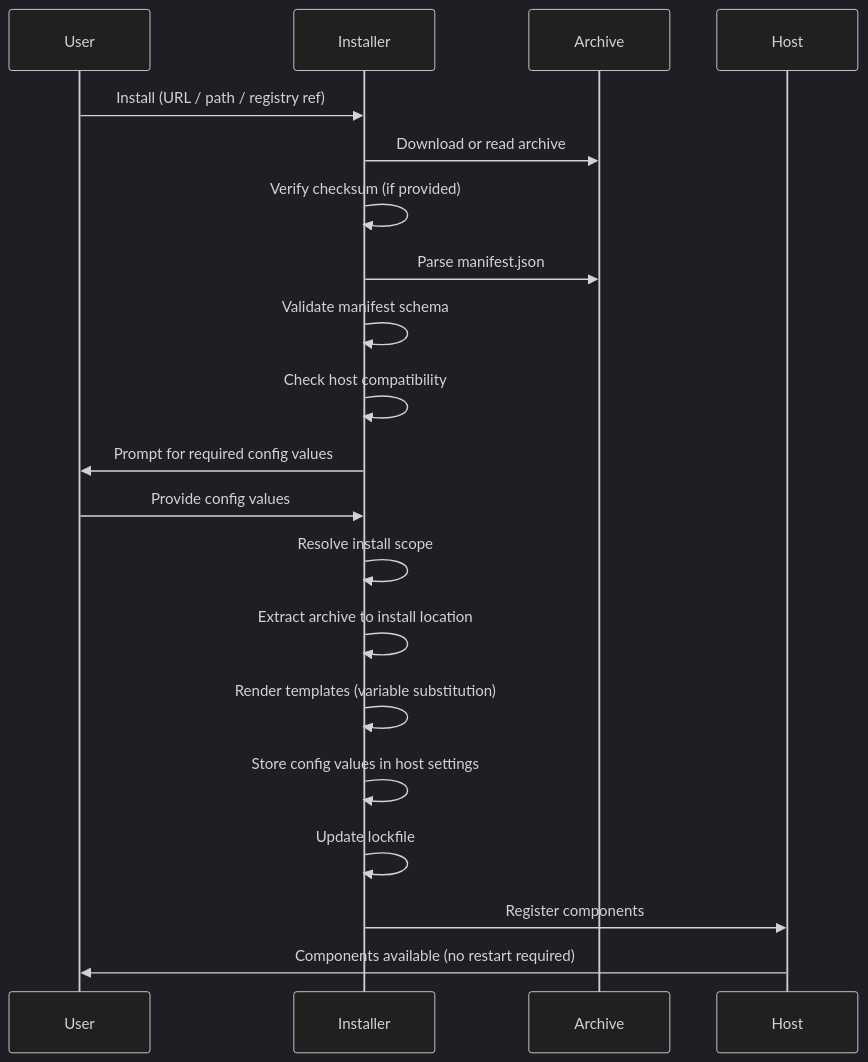
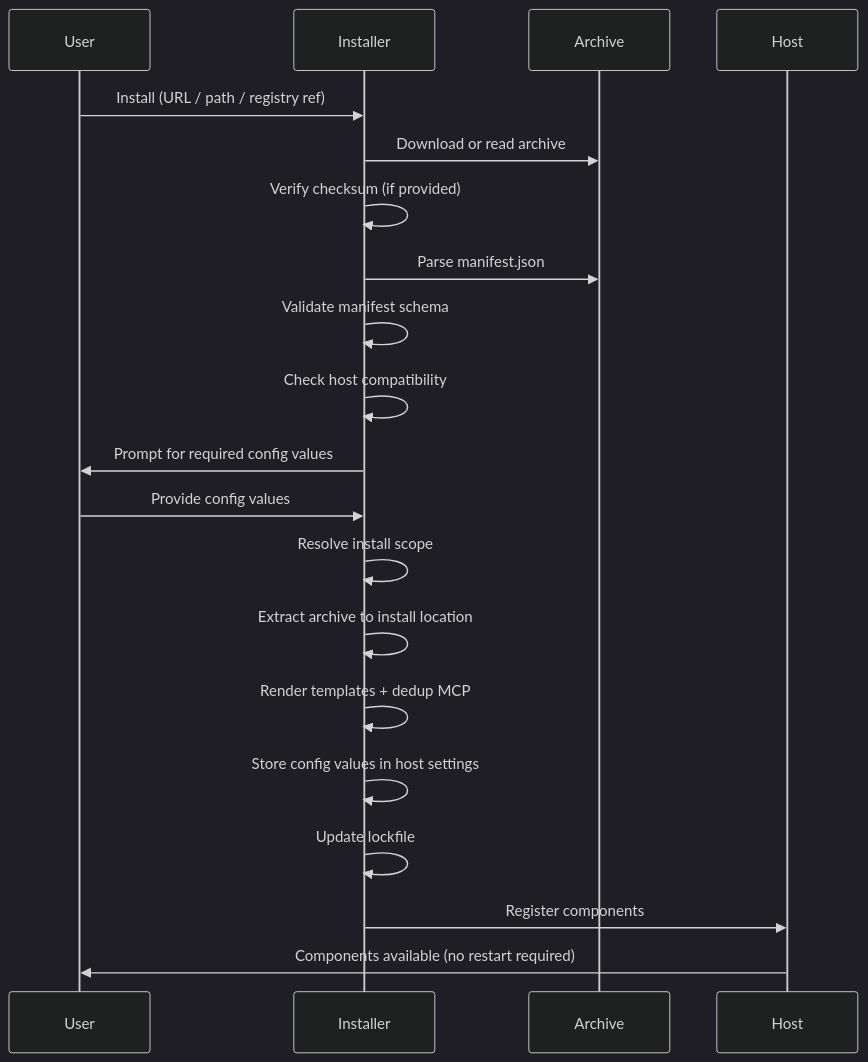
Before and after one commit to zircote/ccpkg: the diagram in src/content/docs/specification/install-lifecycle.mdx, drawn with Mermaid (dark theme). The commit also changed other lines of this file and 1 other file, not shown here.

Commit message:
docs(spec): revise install step 10 with MCP dedup logic

````diff
--- a/src/content/docs/specification/install-lifecycle.mdx
+++ b/src/content/docs/specification/install-lifecycle.mdx
@@ -10,23 +10,23 @@
 ```mermaid
 sequenceDiagram
     participant User
     participant Installer
     participant Archive
     participant Host
 
     User->>Installer: Install (URL / path / registry ref)
     Installer->>Archive: Download or read archive
     Installer->>Installer: Verify checksum (if provided)
     Installer->>Archive: Parse manifest.json
     Installer->>Installer: Validate manifest schema
     Installer->>Installer: Check host compatibility
     Installer->>User: Prompt for required config values
     User->>Installer: Provide config values
     Installer->>Installer: Resolve install scope
     Installer->>Installer: Extract archive to install location
-    Installer->>Installer: Render templates (variable substitution)
+    Installer->>Installer: Render templates + dedup MCP
     Installer->>Installer: Store config values in host settings
     Installer->>Installer: Update lockfile
     Installer->>Host: Register components
     Host->>User: Components available (no restart required)
 ```
````
